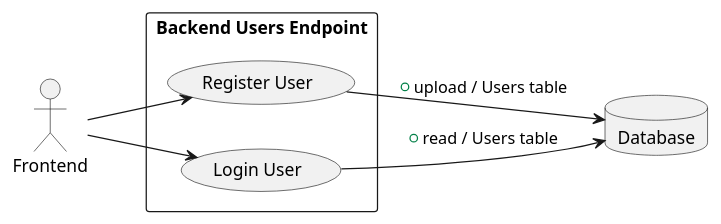
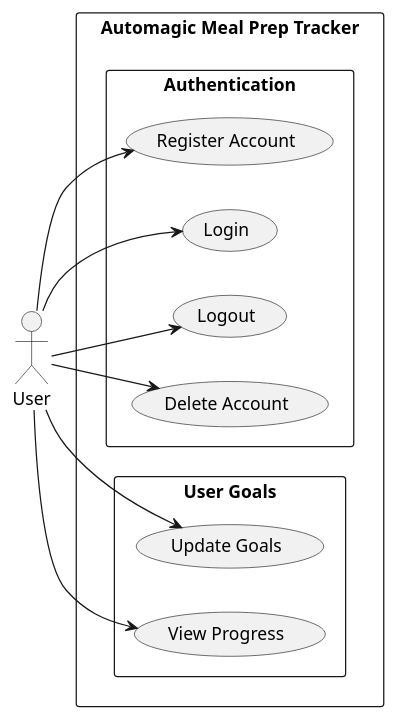
Before and after one commit to alfredbrannare/automagic-foodtracker-backend: the diagram in docs/system_documentation/diagrams/usecase/users_authentication.puml, drawn with PlantUML. The commit also changed 5 other files, not shown here.

```diff
--- a/docs/system_documentation/diagrams/usecase/users_authentication.puml
+++ b/docs/system_documentation/diagrams/usecase/users_authentication.puml
@@ -1,19 +1,29 @@
 @startuml
 left to right direction
+skinparam packageStyle rectangle
 
-actor Frontend
+actor "User" as User
 
-rectangle "Backend Users Endpoint" {
-    (Register User)
-    (Login User)
+rectangle "Automagic Meal Prep Tracker" {
+
+  package "Authentication" {
+    usecase "Register Account" as UC_Reg
+    usecase "Login" as UC_Login
+    usecase "Logout" as UC_Logout
+    usecase "Delete Account" as UC_DelAcc
+  }
+
+  package "User Goals" {
+    usecase "Update Goals" as UC_Goals
+    usecase "View Progress" as UC_Prog
+  }
 }
 
-database "Database" as DB
-
-Frontend --> (Register User)
-Frontend --> (Login User)
-
-(Register User) --> DB : + upload / Users table
-(Login User) --> DB : + read / Users table
+User --> UC_Reg
+User --> UC_Login
+User --> UC_Logout
+User --> UC_DelAcc
+User --> UC_Goals
+User --> UC_Prog
 
 @enduml
```
